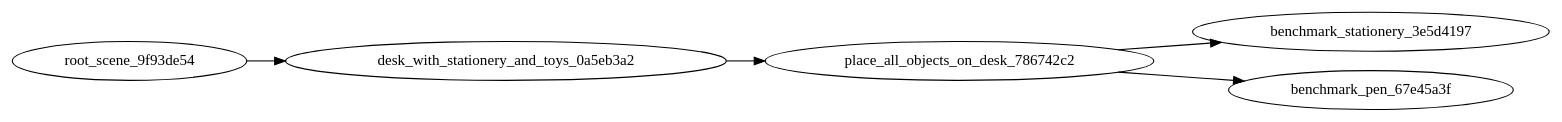
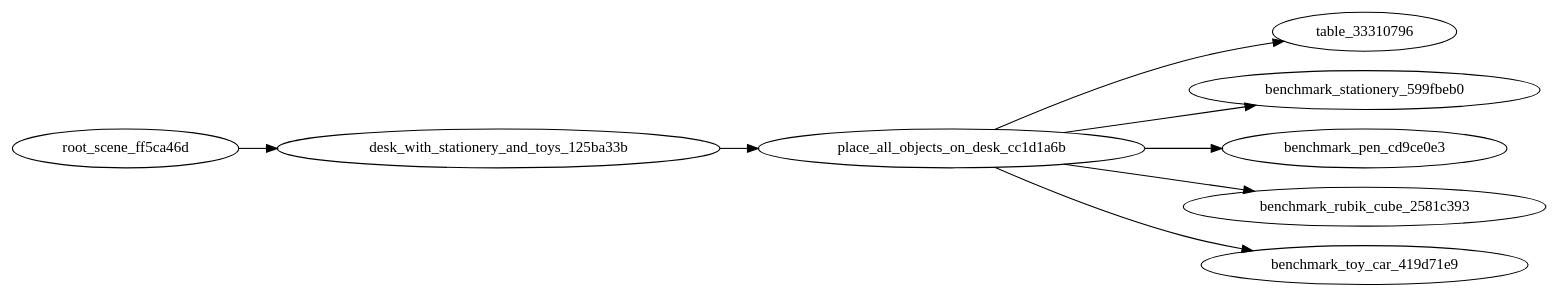
One commit to bodongiee/genie_sim_workplace changed the diagram in source/geniesim/benchmark/config/llm_task/put_pen_into_penholder/0/graph.dot. Above: the diagram before and after it, drawn with Graphviz. The commit also changed 568 other files, not shown here.

```diff
--- a/source/geniesim/benchmark/config/llm_task/put_pen_into_penholder/0/graph.dot
+++ b/source/geniesim/benchmark/config/llm_task/put_pen_into_penholder/0/graph.dot
@@ -1,9 +1,15 @@
 strict digraph "" {
 	graph [rankdir=LR];
-	root_scene_9f93de54 -> desk_with_stationery_and_toys_0a5eb3a2;
-	desk_with_stationery_and_toys_0a5eb3a2 -> place_all_objects_on_desk_786742c2;
-	benchmark_stationery_3e5d4197	[tags="['pen_holder', 'stationery', 'cylindrical', 'desk_organizer', 'right']"];
-	place_all_objects_on_desk_786742c2 -> benchmark_stationery_3e5d4197;
-	benchmark_pen_67e45a3f	[tags="['black_pen', 'pen', 'cylinder', 'writing_tool', 'left']"];
-	place_all_objects_on_desk_786742c2 -> benchmark_pen_67e45a3f;
+	root_scene_ff5ca46d -> desk_with_stationery_and_toys_125ba33b;
+	desk_with_stationery_and_toys_125ba33b -> place_all_objects_on_desk_cc1d1a6b;
+	table_33310796	[tags="['minimalist_table', 'white', 'furniture', 'center']"];
+	place_all_objects_on_desk_cc1d1a6b -> table_33310796;
+	benchmark_stationery_599fbeb0	[tags="['pen_holder', 'stationery', 'cylindrical', 'desk_organizer', 'right']"];
+	place_all_objects_on_desk_cc1d1a6b -> benchmark_stationery_599fbeb0;
+	benchmark_pen_cd9ce0e3	[tags="['blue_pen', 'pen', 'cylinder', 'writing_tool', 'left']"];
+	place_all_objects_on_desk_cc1d1a6b -> benchmark_pen_cd9ce0e3;
+	benchmark_rubik_cube_2581c393	[tags="['extra_item_0', 'toy', 'small_object', 'right']"];
+	place_all_objects_on_desk_cc1d1a6b -> benchmark_rubik_cube_2581c393;
+	benchmark_toy_car_419d71e9	[tags="['extra_item_1', 'toy', 'small_object', 'right']"];
+	place_all_objects_on_desk_cc1d1a6b -> benchmark_toy_car_419d71e9;
 }
```
